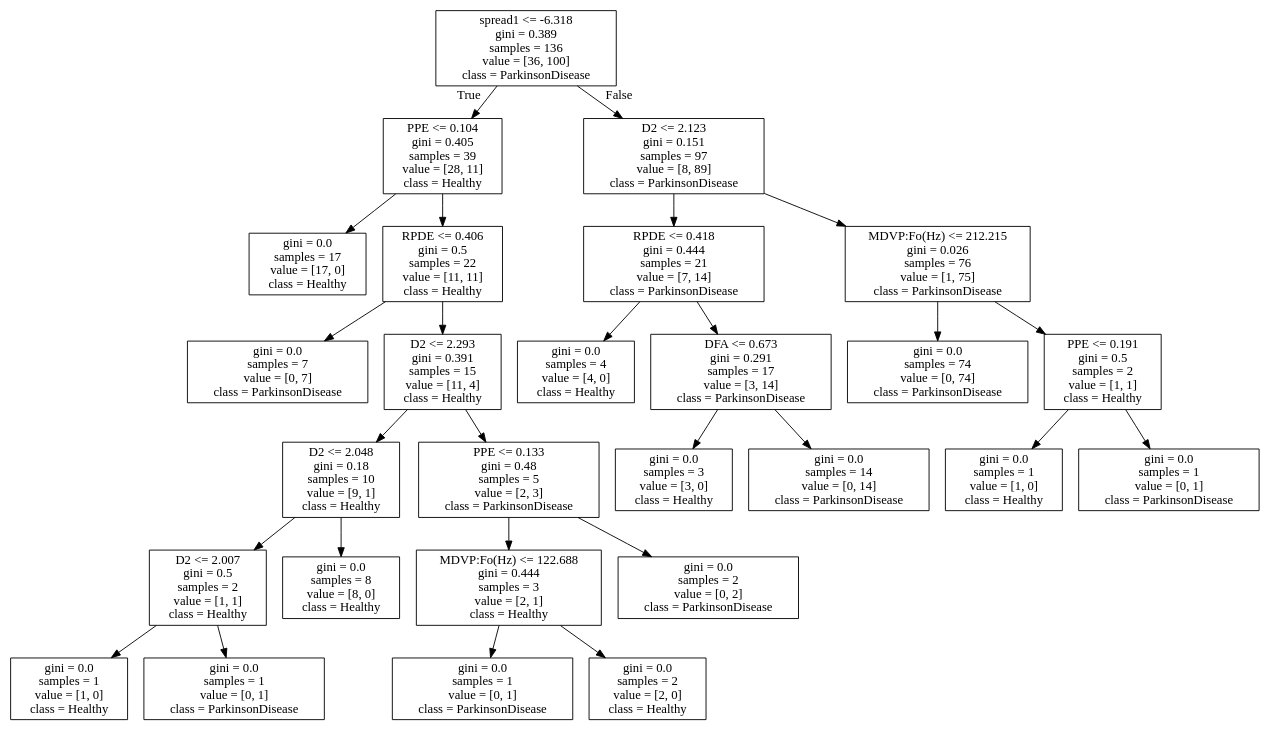
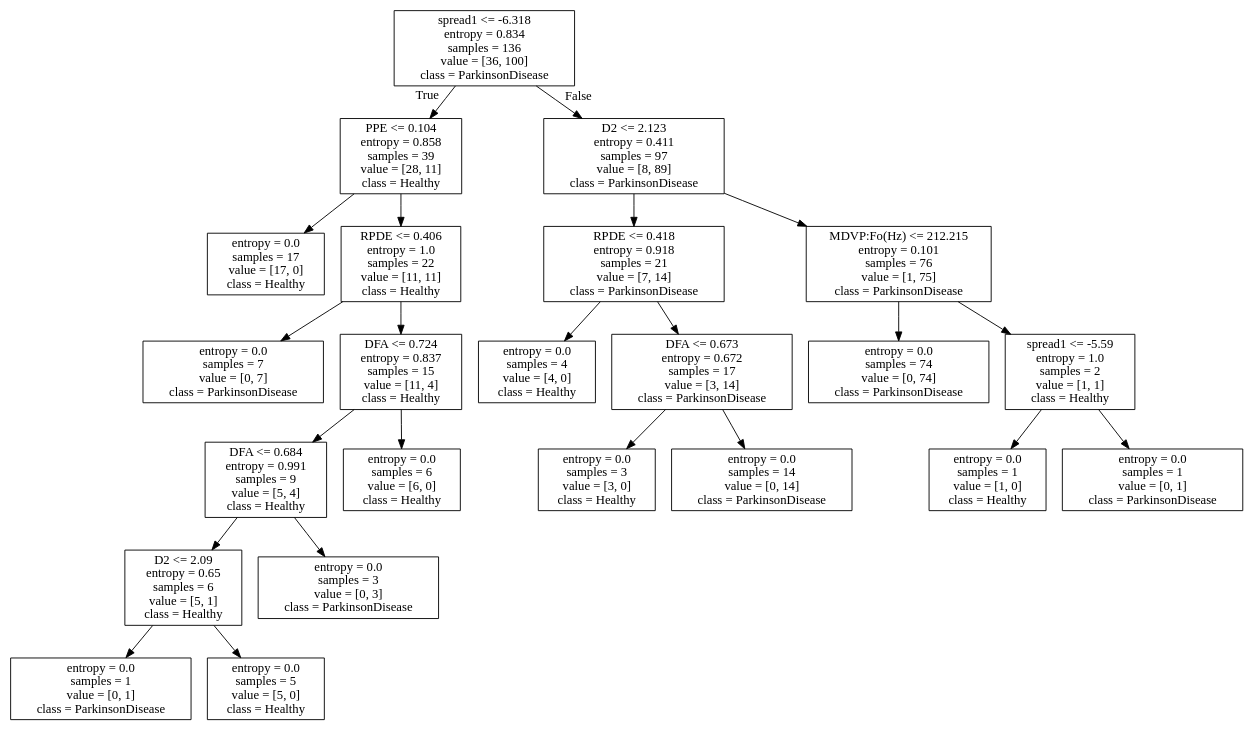
The diagram in EnsembleTechniques-R3-Project1/PD_No_Yes_1.dot (GreatLearningAIML1/chennai-aug-batch-senthilvelavan), drawn with Graphviz before and after one commit. The commit also changed 6 other files, not shown here.

Commit message:
modified:   EnsembleTechniques_R3_Project1_Parkinson’s Disease.ipynb 	modified:   PD_No_Yes.dot 	modified:   PD_No_Yes_1.dot 	modified:   PD_No_Yes_2.dot 	new file:   PD_No_Yes_3.dot 	new file:   PD_No_Yes_4.dot 	new file:   PD_No_Yes_5.dot 	new file:   PD_No_Yes_6.dot

```diff
--- a/EnsembleTechniques-R3-Project1/PD_No_Yes_1.dot
+++ b/EnsembleTechniques-R3-Project1/PD_No_Yes_1.dot
@@ -1,56 +1,48 @@
 digraph Tree {
 node [shape=box] ;
-0 [label="spread1 <= -6.318\ngini = 0.389\nsamples = 136\nvalue = [36, 100]\nclass = ParkinsonDisease"] ;
-1 [label="PPE <= 0.104\ngini = 0.405\nsamples = 39\nvalue = [28, 11]\nclass = Healthy"] ;
+0 [label="spread1 <= -6.318\nentropy = 0.834\nsamples = 136\nvalue = [36, 100]\nclass = ParkinsonDisease"] ;
+1 [label="PPE <= 0.104\nentropy = 0.858\nsamples = 39\nvalue = [28, 11]\nclass = Healthy"] ;
 0 -> 1 [labeldistance=2.5, labelangle=45, headlabel="True"] ;
-2 [label="gini = 0.0\nsamples = 17\nvalue = [17, 0]\nclass = Healthy"] ;
+2 [label="entropy = 0.0\nsamples = 17\nvalue = [17, 0]\nclass = Healthy"] ;
 1 -> 2 ;
-3 [label="RPDE <= 0.406\ngini = 0.5\nsamples = 22\nvalue = [11, 11]\nclass = Healthy"] ;
+3 [label="RPDE <= 0.406\nentropy = 1.0\nsamples = 22\nvalue = [11, 11]\nclass = Healthy"] ;
 1 -> 3 ;
-4 [label="gini = 0.0\nsamples = 7\nvalue = [0, 7]\nclass = ParkinsonDisease"] ;
+4 [label="entropy = 0.0\nsamples = 7\nvalue = [0, 7]\nclass = ParkinsonDisease"] ;
 3 -> 4 ;
-5 [label="D2 <= 2.293\ngini = 0.391\nsamples = 15\nvalue = [11, 4]\nclass = Healthy"] ;
+5 [label="DFA <= 0.724\nentropy = 0.837\nsamples = 15\nvalue = [11, 4]\nclass = Healthy"] ;
 3 -> 5 ;
-6 [label="D2 <= 2.048\ngini = 0.18\nsamples = 10\nvalue = [9, 1]\nclass = Healthy"] ;
+6 [label="DFA <= 0.684\nentropy = 0.991\nsamples = 9\nvalue = [5, 4]\nclass = Healthy"] ;
 5 -> 6 ;
-7 [label="D2 <= 2.007\ngini = 0.5\nsamples = 2\nvalue = [1, 1]\nclass = Healthy"] ;
+7 [label="D2 <= 2.09\nentropy = 0.65\nsamples = 6\nvalue = [5, 1]\nclass = Healthy"] ;
 6 -> 7 ;
-8 [label="gini = 0.0\nsamples = 1\nvalue = [1, 0]\nclass = Healthy"] ;
+8 [label="entropy = 0.0\nsamples = 1\nvalue = [0, 1]\nclass = ParkinsonDisease"] ;
 7 -> 8 ;
-9 [label="gini = 0.0\nsamples = 1\nvalue = [0, 1]\nclass = ParkinsonDisease"] ;
+9 [label="entropy = 0.0\nsamples = 5\nvalue = [5, 0]\nclass = Healthy"] ;
 7 -> 9 ;
-10 [label="gini = 0.0\nsamples = 8\nvalue = [8, 0]\nclass = Healthy"] ;
+10 [label="entropy = 0.0\nsamples = 3\nvalue = [0, 3]\nclass = ParkinsonDisease"] ;
 6 -> 10 ;
-11 [label="PPE <= 0.133\ngini = 0.48\nsamples = 5\nvalue = [2, 3]\nclass = ParkinsonDisease"] ;
+11 [label="entropy = 0.0\nsamples = 6\nvalue = [6, 0]\nclass = Healthy"] ;
 5 -> 11 ;
-12 [label="MDVP:Fo(Hz) <= 122.688\ngini = 0.444\nsamples = 3\nvalue = [2, 1]\nclass = Healthy"] ;
-11 -> 12 ;
-13 [label="gini = 0.0\nsamples = 1\nvalue = [0, 1]\nclass = ParkinsonDisease"] ;
+12 [label="D2 <= 2.123\nentropy = 0.411\nsamples = 97\nvalue = [8, 89]\nclass = ParkinsonDisease"] ;
+0 -> 12 [labeldistance=2.5, labelangle=-45, headlabel="False"] ;
+13 [label="RPDE <= 0.418\nentropy = 0.918\nsamples = 21\nvalue = [7, 14]\nclass = ParkinsonDisease"] ;
 12 -> 13 ;
-14 [label="gini = 0.0\nsamples = 2\nvalue = [2, 0]\nclass = Healthy"] ;
-12 -> 14 ;
-15 [label="gini = 0.0\nsamples = 2\nvalue = [0, 2]\nclass = ParkinsonDisease"] ;
-11 -> 15 ;
-16 [label="D2 <= 2.123\ngini = 0.151\nsamples = 97\nvalue = [8, 89]\nclass = ParkinsonDisease"] ;
-0 -> 16 [labeldistance=2.5, labelangle=-45, headlabel="False"] ;
-17 [label="RPDE <= 0.418\ngini = 0.444\nsamples = 21\nvalue = [7, 14]\nclass = ParkinsonDisease"] ;
-16 -> 17 ;
-18 [label="gini = 0.0\nsamples = 4\nvalue = [4, 0]\nclass = Healthy"] ;
-17 -> 18 ;
-19 [label="DFA <= 0.673\ngini = 0.291\nsamples = 17\nvalue = [3, 14]\nclass = ParkinsonDisease"] ;
-17 -> 19 ;
-20 [label="gini = 0.0\nsamples = 3\nvalue = [3, 0]\nclass = Healthy"] ;
-19 -> 20 ;
-21 [label="gini = 0.0\nsamples = 14\nvalue = [0, 14]\nclass = ParkinsonDisease"] ;
-19 -> 21 ;
-22 [label="MDVP:Fo(Hz) <= 212.215\ngini = 0.026\nsamples = 76\nvalue = [1, 75]\nclass = ParkinsonDisease"] ;
-16 -> 22 ;
-23 [label="gini = 0.0\nsamples = 74\nvalue = [0, 74]\nclass = ParkinsonDisease"] ;
-22 -> 23 ;
-24 [label="PPE <= 0.191\ngini = 0.5\nsamples = 2\nvalue = [1, 1]\nclass = Healthy"] ;
-22 -> 24 ;
-25 [label="gini = 0.0\nsamples = 1\nvalue = [1, 0]\nclass = Healthy"] ;
-24 -> 25 ;
-26 [label="gini = 0.0\nsamples = 1\nvalue = [0, 1]\nclass = ParkinsonDisease"] ;
-24 -> 26 ;
+14 [label="entropy = 0.0\nsamples = 4\nvalue = [4, 0]\nclass = Healthy"] ;
+13 -> 14 ;
+15 [label="DFA <= 0.673\nentropy = 0.672\nsamples = 17\nvalue = [3, 14]\nclass = ParkinsonDisease"] ;
+13 -> 15 ;
+16 [label="entropy = 0.0\nsamples = 3\nvalue = [3, 0]\nclass = Healthy"] ;
+15 -> 16 ;
+17 [label="entropy = 0.0\nsamples = 14\nvalue = [0, 14]\nclass = ParkinsonDisease"] ;
+15 -> 17 ;
+18 [label="MDVP:Fo(Hz) <= 212.215\nentropy = 0.101\nsamples = 76\nvalue = [1, 75]\nclass = ParkinsonDisease"] ;
+12 -> 18 ;
+19 [label="entropy = 0.0\nsamples = 74\nvalue = [0, 74]\nclass = ParkinsonDisease"] ;
+18 -> 19 ;
+20 [label="spread1 <= -5.59\nentropy = 1.0\nsamples = 2\nvalue = [1, 1]\nclass = Healthy"] ;
+18 -> 20 ;
+21 [label="entropy = 0.0\nsamples = 1\nvalue = [1, 0]\nclass = Healthy"] ;
+20 -> 21 ;
+22 [label="entropy = 0.0\nsamples = 1\nvalue = [0, 1]\nclass = ParkinsonDisease"] ;
+20 -> 22 ;
 }
```
